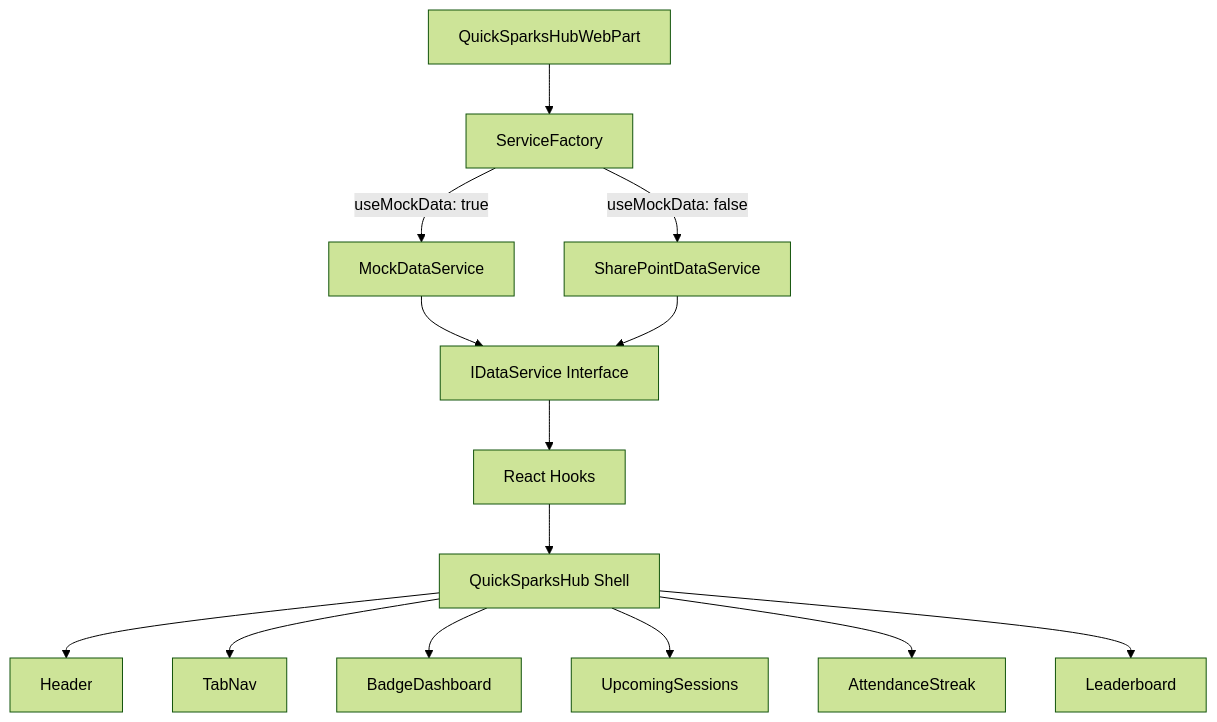
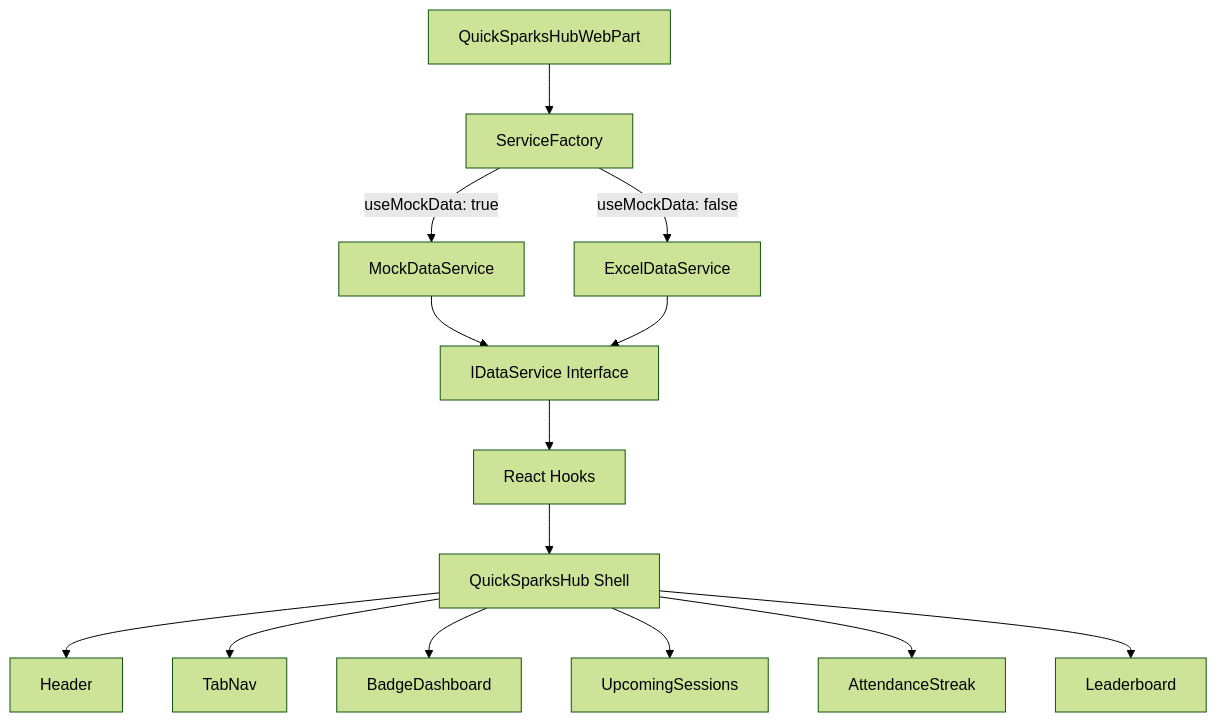
One commit to aidantrabs/quicksparks changed the first of 2 diagrams in README.md. Above: the diagram before and after it, drawn with Mermaid (forest theme). The commit also changed other lines of this file and 3 other files, not shown here.

Commit message:
docs: update all documentation to reflect excel-based data architecture

````diff
--- a/README.md
+++ b/README.md
@@ -27,16 +27,16 @@
 ```mermaid
 graph TD
     A[QuickSparksHubWebPart] --> B[ServiceFactory]
     B -->|useMockData: true| C[MockDataService]
-    B -->|useMockData: false| D[SharePointDataService]
+    B -->|useMockData: false| D[ExcelDataService]
     C --> E[IDataService Interface]
     D --> E
     E --> F[React Hooks]
     F --> G[QuickSparksHub Shell]
     G --> H[Header]
     G --> I[TabNav]
     G --> J[BadgeDashboard]
     G --> K[UpcomingSessions]
     G --> L[AttendanceStreak]
     G --> M[Leaderboard]
 ```
````
